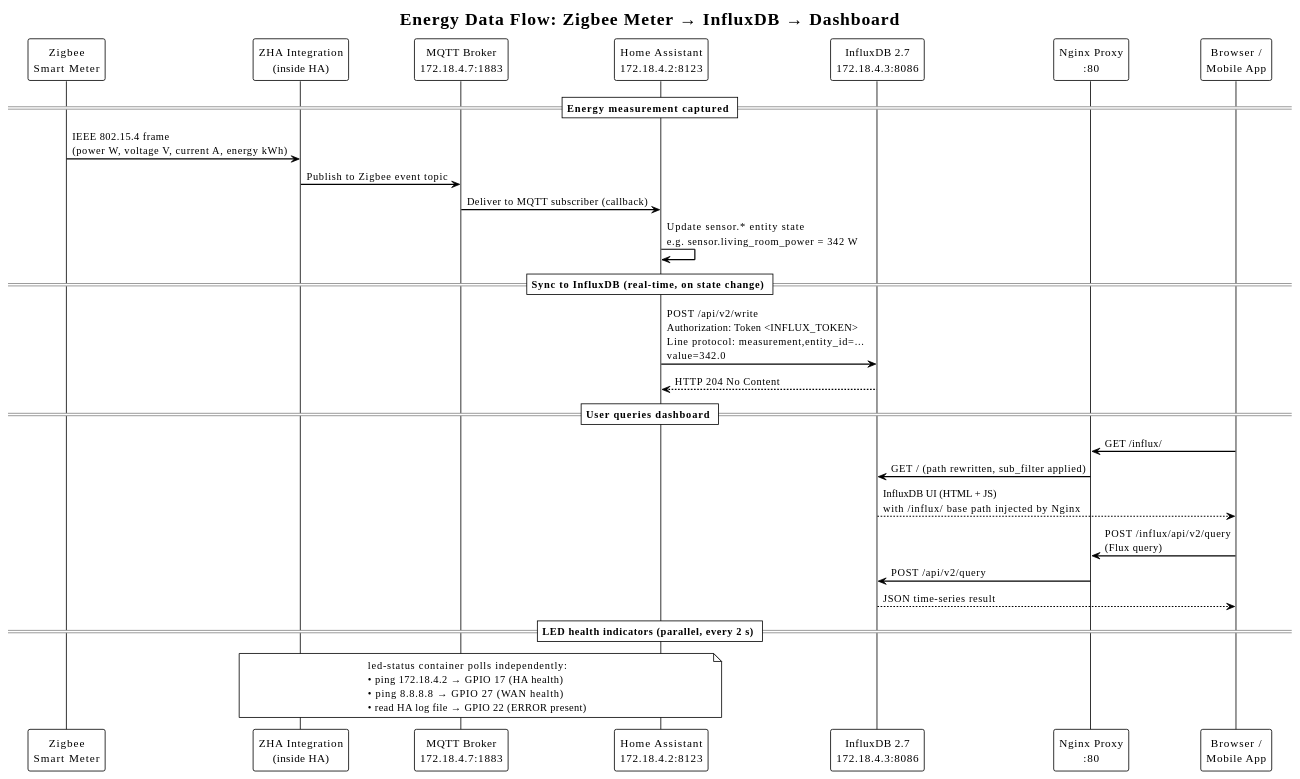
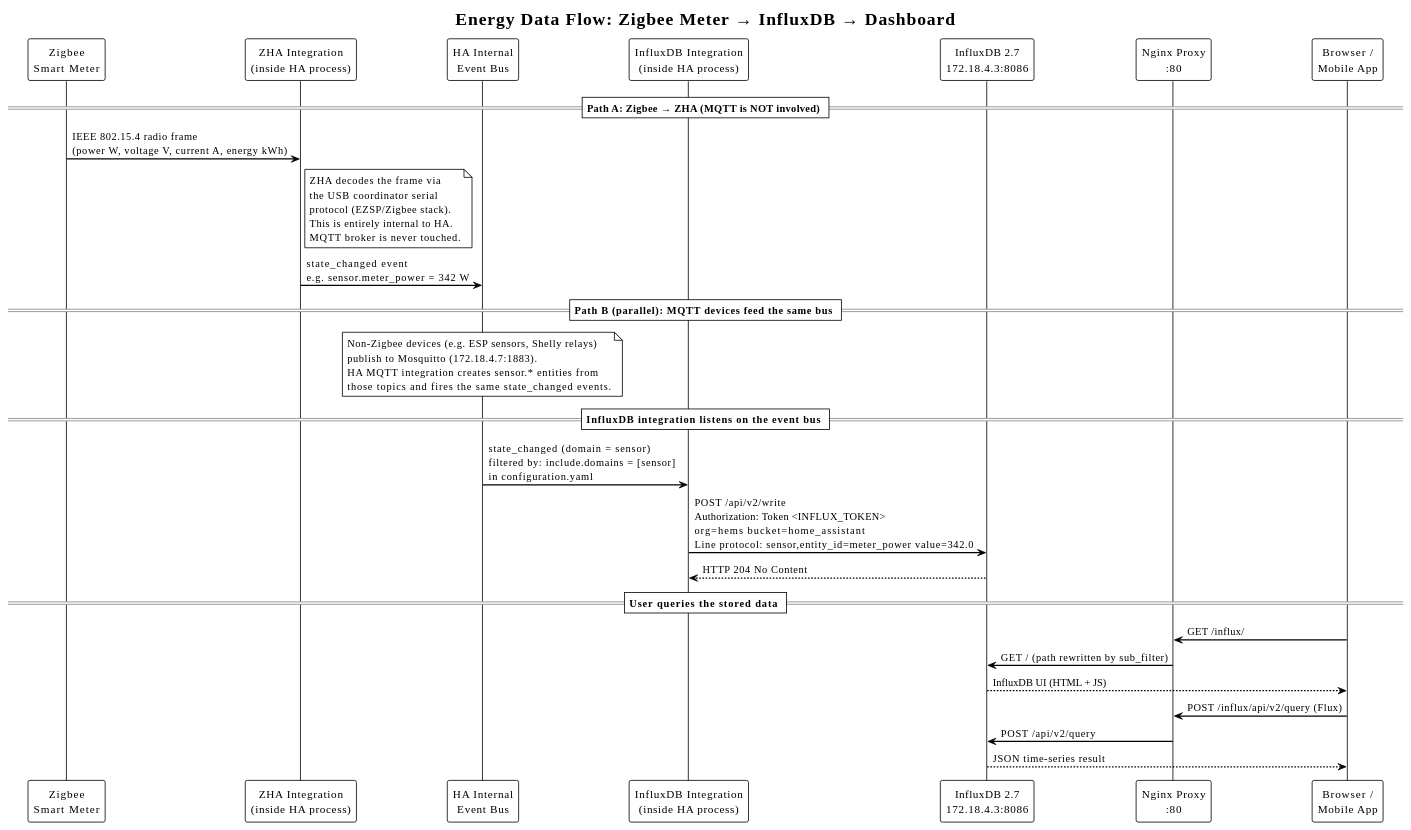
One commit to smartcoremtu/ems changed the third of 3 diagrams in ARCHITECTURE.md. Above: the diagram before and after it, drawn with PlantUML. The commit also changed other lines of this file and 4 other files, not shown here.

````diff
--- a/ARCHITECTURE.md
+++ b/ARCHITECTURE.md
@@ -193,46 +195,52 @@
 ```plantuml
 @startuml
 !theme plain
 skinparam SequenceArrowThickness 1.5
 skinparam ParticipantPadding 20
 skinparam BoxPadding 10
 
 title Energy Data Flow: Zigbee Meter → InfluxDB → Dashboard
 
 participant "Zigbee\nSmart Meter" as Z
-participant "ZHA Integration\n(inside HA)" as ZHA
-participant "MQTT Broker\n172.18.4.7:1883" as MQTT
-participant "Home Assistant\n172.18.4.2:8123" as HA
+participant "ZHA Integration\n(inside HA process)" as ZHA
+participant "HA Internal\nEvent Bus" as BUS
+participant "InfluxDB Integration\n(inside HA process)" as INFLUXINT
 participant "InfluxDB 2.7\n172.18.4.3:8086" as INFLUX
 participant "Nginx Proxy\n:80" as NGINX
 participant "Browser /\nMobile App" as USER
 
-== Energy measurement captured ==
-Z    ->  ZHA   : IEEE 802.15.4 frame\n(power W, voltage V, current A, energy kWh)
-ZHA  ->  MQTT  : Publish to Zigbee event topic
-MQTT ->  HA    : Deliver to MQTT subscriber (callback)
-HA   ->  HA    : Update sensor.* entity state\ne.g. sensor.living_room_power = 342 W
+== Path A: Zigbee → ZHA (MQTT is NOT involved) ==
+Z      ->  ZHA      : IEEE 802.15.4 radio frame\n(power W, voltage V, current A, energy kWh)
+note right of ZHA
+  ZHA decodes the frame via
+  the USB coordinator serial
+  protocol (EZSP/Zigbee stack).
+  This is entirely internal to HA.
+  MQTT broker is never touched.
+end note
+ZHA    ->  BUS      : state_changed event\ne.g. sensor.meter_power = 342 W
 
-== Sync to InfluxDB (real-time, on state change) ==
-HA   ->  INFLUX : POST /api/v2/write\nAuthorization: Token <INFLUX_TOKEN>\nLine protocol: measurement,entity_id=...\nvalue=342.0
-INFLUX --> HA   : HTTP 204 No Content
+== Path B (parallel): MQTT devices feed the same bus ==
+note over BUS
+  Non-Zigbee devices (e.g. ESP sensors, Shelly relays)
+  publish to Mosquitto (172.18.4.7:1883).
+  HA MQTT integration creates sensor.* entities from
+  those topics and fires the same state_changed events.
+end note
 
-== User queries dashboard ==
+== InfluxDB integration listens on the event bus ==
+BUS    ->  INFLUXINT : state_changed (domain = sensor)\nfiltered by: include.domains = [sensor]\nin configuration.yaml
+INFLUXINT -> INFLUX  : POST /api/v2/write\nAuthorization: Token <INFLUX_TOKEN>\norg=hems  bucket=home_assistant\nLine protocol: sensor,entity_id=meter_power value=342.0
+INFLUX --> INFLUXINT : HTTP 204 No Content
+
+== User queries the stored data ==
 USER ->  NGINX  : GET /influx/
-NGINX -> INFLUX : GET / (path rewritten, sub_filter applied)
-INFLUX --> USER : InfluxDB UI (HTML + JS)\nwith /influx/ base path injected by Nginx
+NGINX -> INFLUX : GET / (path rewritten by sub_filter)
+INFLUX --> USER : InfluxDB UI (HTML + JS)
 
-USER ->  NGINX  : POST /influx/api/v2/query\n(Flux query)
+USER ->  NGINX  : POST /influx/api/v2/query (Flux)
 NGINX -> INFLUX : POST /api/v2/query
 INFLUX --> USER : JSON time-series result
 
-== LED health indicators (parallel, every 2 s) ==
-note over ZHA, HA
-  led-status container polls independently:
-  • ping 172.18.4.2  → GPIO 17 (HA health)
-  • ping 8.8.8.8     → GPIO 27 (WAN health)
-  • read HA log file → GPIO 22 (ERROR present)
-end note
-
 @enduml
 ```
````
